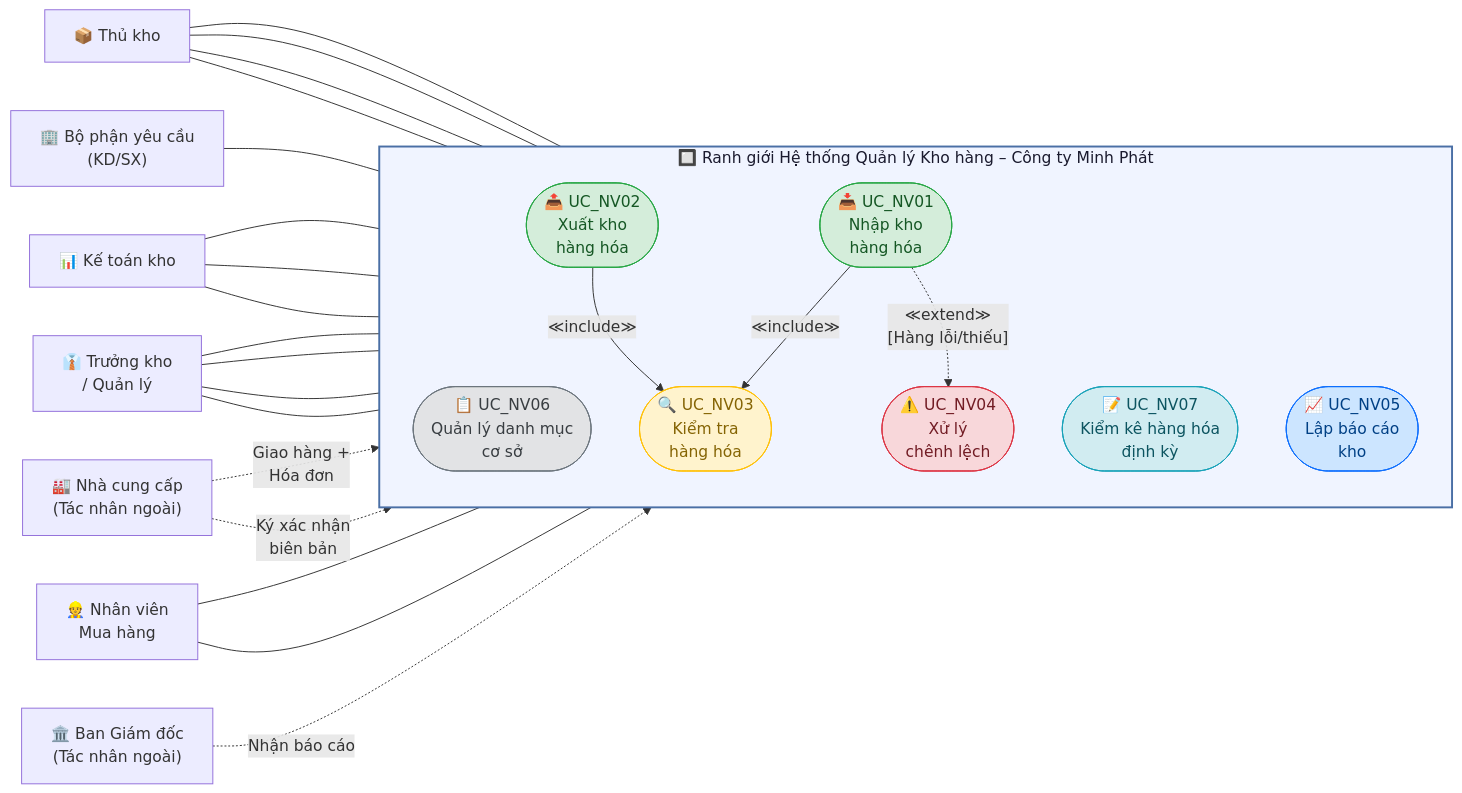
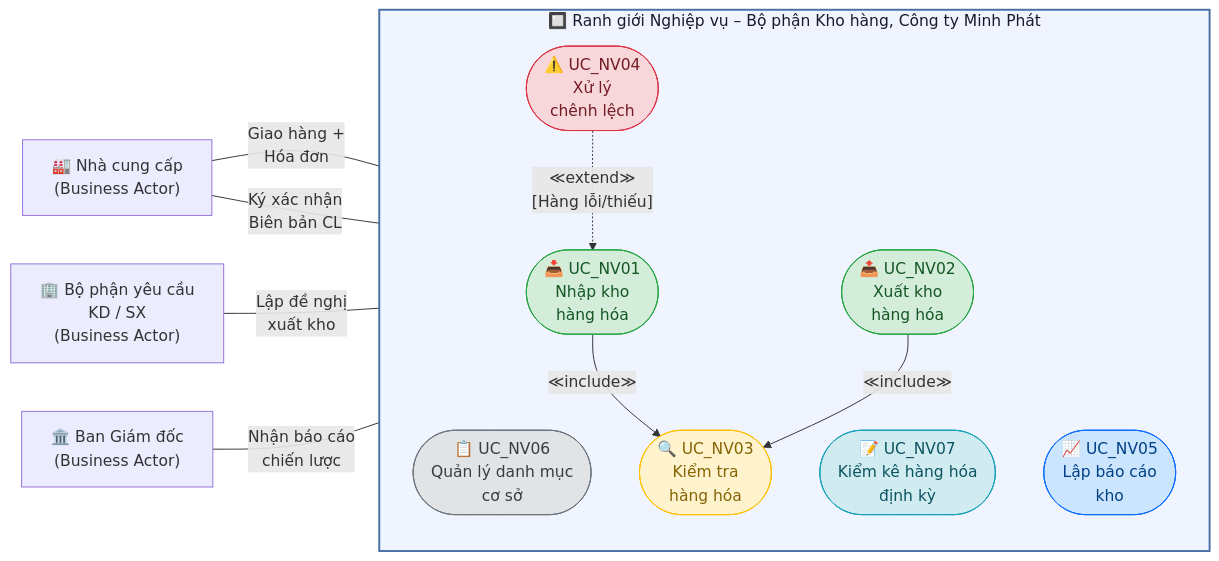
One commit to OXplakhoa/StorageManager changed the diagram in diagrams/uc_nghiep_vu.md. Above: the diagram before and after it, drawn with Mermaid. The commit also changed other lines of this file and 11 other files, not shown here.

Commit message:
feat: Add skills and fix sequence diagram

````diff
--- a/diagrams/uc_nghiep_vu.md
+++ b/diagrams/uc_nghiep_vu.md
@@ -17,69 +38,46 @@
 ```mermaid
 flowchart LR
-    %% ===== TÁC NHÂN NGHIỆP VỤ =====
-    NCC["🏭 Nhà cung cấp<br/>(Tác nhân ngoài)"]
-    NVMH["👷 Nhân viên<br/>Mua hàng"]
-    TK["📦 Thủ kho"]
-    TrK["👔 Trưởng kho<br/>/ Quản lý"]
-    KTK["📊 Kế toán kho"]
-    BPYC["🏢 Bộ phận yêu cầu<br/>(KD/SX)"]
-    BGD["🏛️ Ban Giám đốc<br/>(Tác nhân ngoài)"]
+    %% ===== BUSINESS ACTORS (CHỈ TÁC NHÂN BÊN NGOÀI) =====
+    NCC["🏭 Nhà cung cấp<br/>(Business Actor)"]
+    BPYC["🏢 Bộ phận yêu cầu<br/>KD / SX<br/>(Business Actor)"]
+    BGD["🏛️ Ban Giám đốc<br/>(Business Actor)"]
 
-    %% ===== RANH GIỚI HỆ THỐNG =====
-    subgraph boundary["🔲 Ranh giới Hệ thống Quản lý Kho hàng – Công ty Minh Phát"]
+    %% ===== RANH GIỚI NGHIỆP VỤ =====
+    subgraph boundary["🔲 Ranh giới Nghiệp vụ – Bộ phận Kho hàng, Công ty Minh Phát"]
         direction TB
 
         UC_NV06(["📋 UC_NV06<br/>Quản lý danh mục<br/>cơ sở"])
         UC_NV01(["📥 UC_NV01<br/>Nhập kho<br/>hàng hóa"])
         UC_NV02(["📤 UC_NV02<br/>Xuất kho<br/>hàng hóa"])
         UC_NV03(["🔍 UC_NV03<br/>Kiểm tra<br/>hàng hóa"])
         UC_NV04(["⚠️ UC_NV04<br/>Xử lý<br/>chênh lệch"])
         UC_NV07(["📝 UC_NV07<br/>Kiểm kê hàng hóa<br/>định kỳ"])
         UC_NV05(["📈 UC_NV05<br/>Lập báo cáo<br/>kho"])
     end
 
-    %% ===== QUAN HỆ TÁC NHÂN - USE CASE =====
-    %% Quản lý danh mục
-    KTK --- UC_NV06
-    TK --- UC_NV06
+    %% ===== QUAN HỆ BUSINESS ACTOR - USE CASE =====
+    %% NCC tham gia Nhập kho (giao hàng) & Xử lý chênh lệch (ký BB)
+    NCC ---|"Giao hàng +<br/>Hóa đơn"| UC_NV01
+    NCC ---|"Ký xác nhận<br/>Biên bản CL"| UC_NV04
 
-    %% Nhập kho
-    NCC -.->|"Giao hàng +<br/>Hóa đơn"| UC_NV01
-    NVMH --- UC_NV01
-    TK --- UC_NV01
-    TrK --- UC_NV01
+    %% Bộ phận yêu cầu tham gia Xuất kho
+    BPYC ---|"Lập đề nghị<br/>xuất kho"| UC_NV02
 
-    %% Xuất kho
-    BPYC --- UC_NV02
-    TK --- UC_NV02
-    TrK --- UC_NV02
-
-    %% Kiểm kê
-    TrK --- UC_NV07
-    TK --- UC_NV07
-    KTK --- UC_NV07
-
-    %% Báo cáo
-    KTK --- UC_NV05
-    TrK --- UC_NV05
-    BGD -.->|"Nhận báo cáo"| UC_NV05
-
-    %% Xử lý chênh lệch
-    NVMH --- UC_NV04
-    NCC -.->|"Ký xác nhận<br/>biên bản"| UC_NV04
+    %% Ban GĐ nhận báo cáo
+    BGD ---|"Nhận báo cáo<br/>chiến lược"| UC_NV05
 
     %% ===== QUAN HỆ INCLUDE / EXTEND =====
     UC_NV01 -->|"≪include≫"| UC_NV03
     UC_NV02 -->|"≪include≫"| UC_NV03
-    UC_NV01 -.->|"≪extend≫<br/>[Hàng lỗi/thiếu]"| UC_NV04
+    UC_NV04 -.->|"≪extend≫<br/>[Hàng lỗi/thiếu]"| UC_NV01
 
     %% ===== STYLING =====
     style boundary fill:#f0f4ff,stroke:#4a6fa5,stroke-width:2px,color:#1a1a2e
     style UC_NV01 fill:#d4edda,stroke:#28a745,color:#155724
     style UC_NV02 fill:#d4edda,stroke:#28a745,color:#155724
     style UC_NV03 fill:#fff3cd,stroke:#ffc107,color:#856404
     style UC_NV04 fill:#f8d7da,stroke:#dc3545,color:#721c24
     style UC_NV05 fill:#cce5ff,stroke:#0d6efd,color:#004085
     style UC_NV06 fill:#e2e3e5,stroke:#6c757d,color:#383d41
     style UC_NV07 fill:#d1ecf1,stroke:#17a2b8,color:#0c5460
 ```
````
